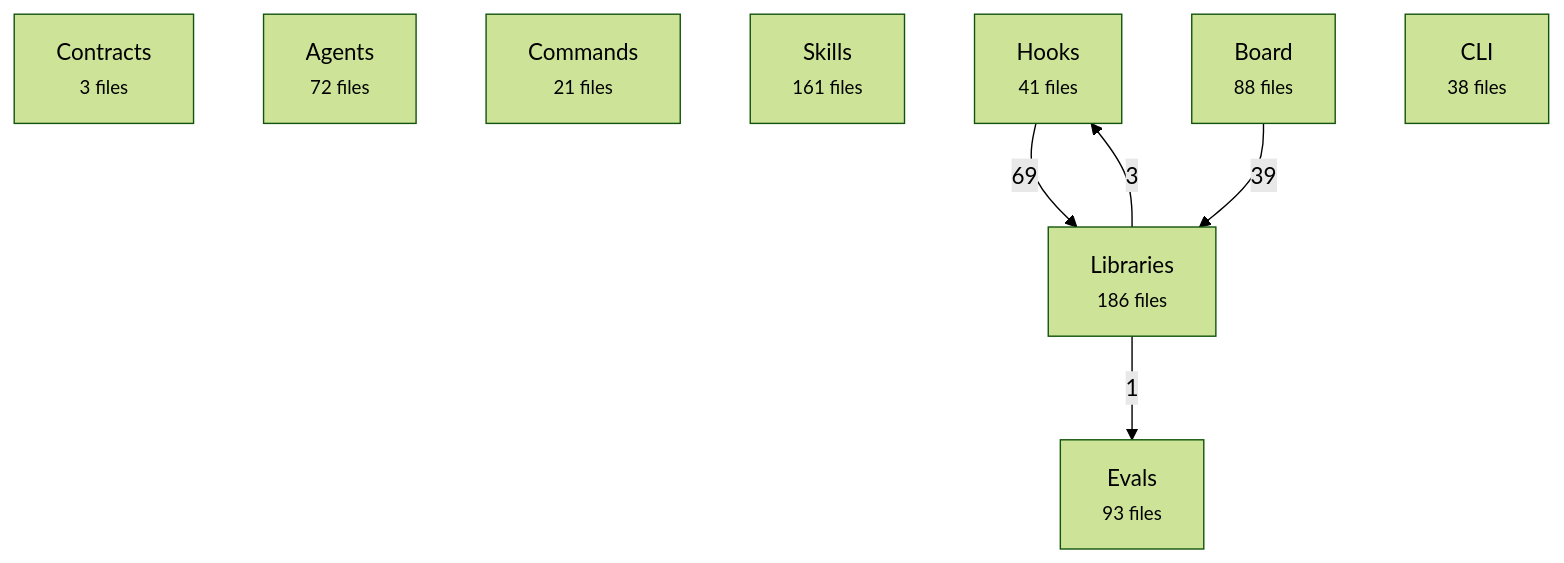
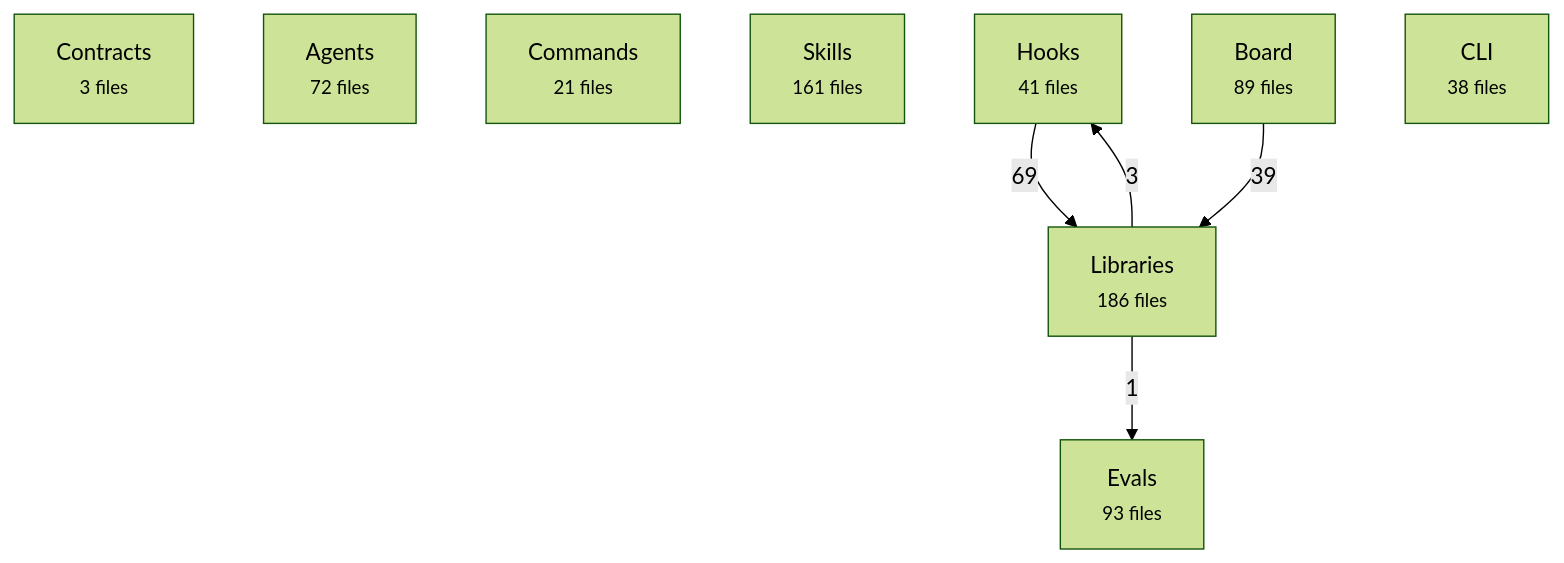
Before and after one commit to avelikiy/great_cto: the first of 2 diagrams in docs/reference/architecture-map.md, drawn with Mermaid (forest theme). The commit also changed other lines of this file and 2 other files, not shown here.

Commit message:
fix(board): refresh project switcher without resetting search

````diff
--- a/docs/reference/architecture-map.md
+++ b/docs/reference/architecture-map.md
@@ -20,16 +20,16 @@
 ```mermaid
 flowchart TD
   contracts["Contracts<br/><small>3 files</small>"]
   agents["Agents<br/><small>72 files</small>"]
   commands["Commands<br/><small>21 files</small>"]
   skills["Skills<br/><small>161 files</small>"]
   hooks["Hooks<br/><small>41 files</small>"]
   libs["Libraries<br/><small>186 files</small>"]
-  board["Board<br/><small>88 files</small>"]
+  board["Board<br/><small>89 files</small>"]
   cli["CLI<br/><small>38 files</small>"]
   evals["Evals<br/><small>93 files</small>"]
   hooks -->|69| libs
   board -->|39| libs
   libs -->|3| hooks
   libs -->|1| evals
 ```
````
